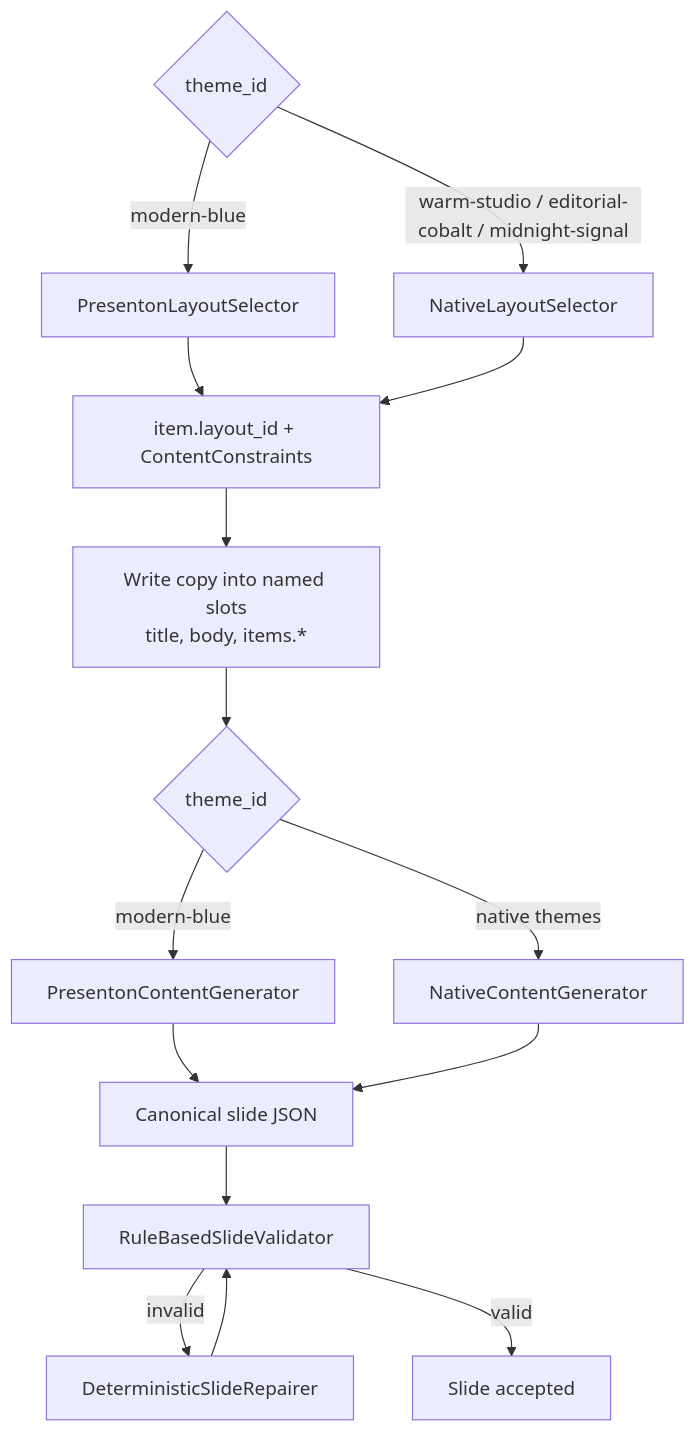
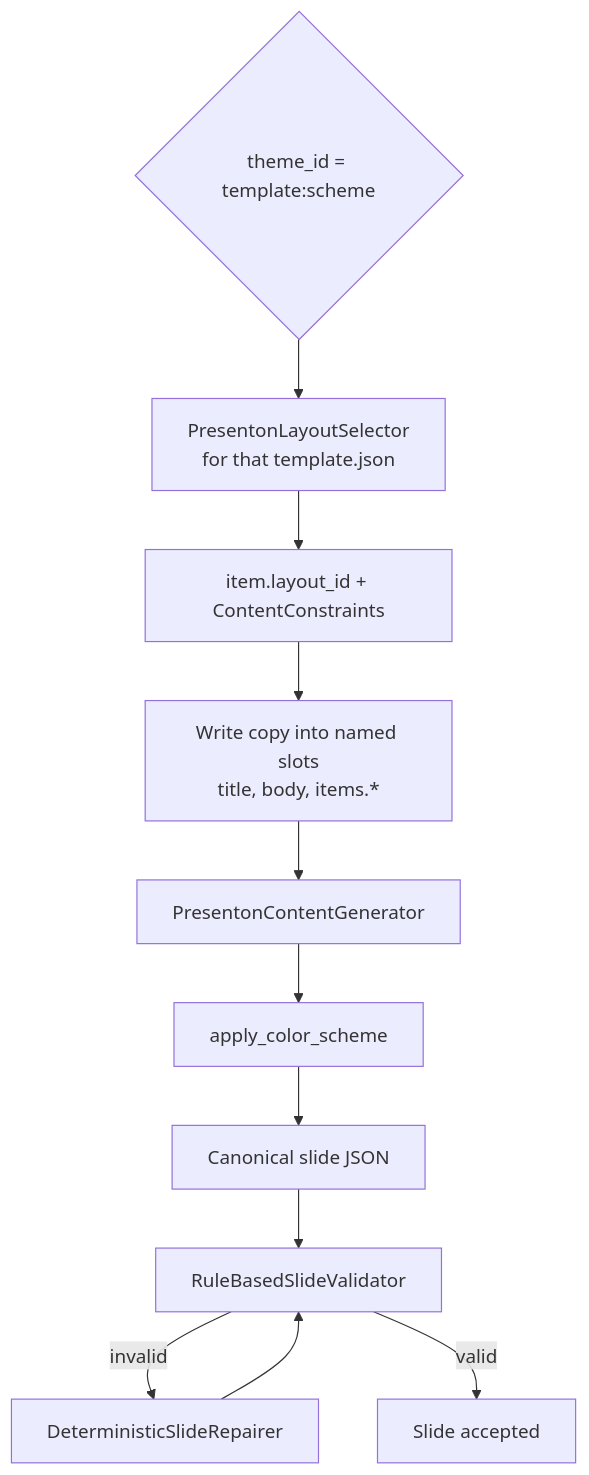
Before and after one commit to xuanthai-work/gapo-slidegen: the third of 5 diagrams in docs/generation-pipeline-architecture.md, drawn with Mermaid. The commit also changed other lines of this file and 40 other files, not shown here.

First line of the commit message:
feat(generation): compile Presenton packs with template and color scheme

````diff
--- a/docs/generation-pipeline-architecture.md
+++ b/docs/generation-pipeline-architecture.md
@@ -62,18 +62,14 @@
 ```mermaid
 flowchart TD
-  Theme{"theme_id"}
-  Theme -->|"modern-blue"| PresentonSel["PresentonLayoutSelector"]
-  Theme -->|"warm-studio / editorial-cobalt / midnight-signal"| NativeSel["NativeLayoutSelector"]
+  Theme{"theme_id = template:scheme"}
+  Theme --> PresentonSel["PresentonLayoutSelector<br/>for that template.json"]
   PresentonSel --> LayoutId["item.layout_id + ContentConstraints"]
-  NativeSel --> LayoutId
   LayoutId --> Copy["Write copy into named slots<br/>title, body, items.*"]
-  Copy --> Theme2{"theme_id"}
-  Theme2 -->|"modern-blue"| PresentonGen["PresentonContentGenerator"]
-  Theme2 -->|"native themes"| NativeGen["NativeContentGenerator"]
-  PresentonGen --> SlideJSON["Canonical slide JSON"]
-  NativeGen --> SlideJSON
+  Copy --> PresentonGen["PresentonContentGenerator"]
+  PresentonGen --> Recolor["apply_color_scheme"]
+  Recolor --> SlideJSON["Canonical slide JSON"]
   SlideJSON --> Validator["RuleBasedSlideValidator"]
   Validator -->|invalid| Repairer["DeterministicSlideRepairer"]
   Repairer --> Validator
   Validator -->|valid| Done["Slide accepted"]
 ```
````
